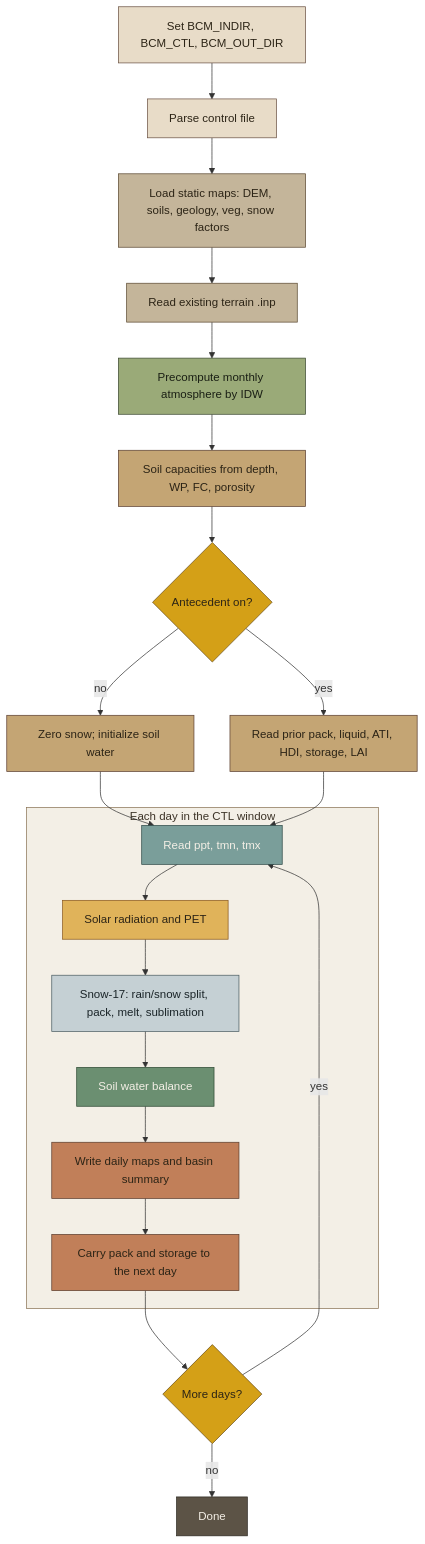
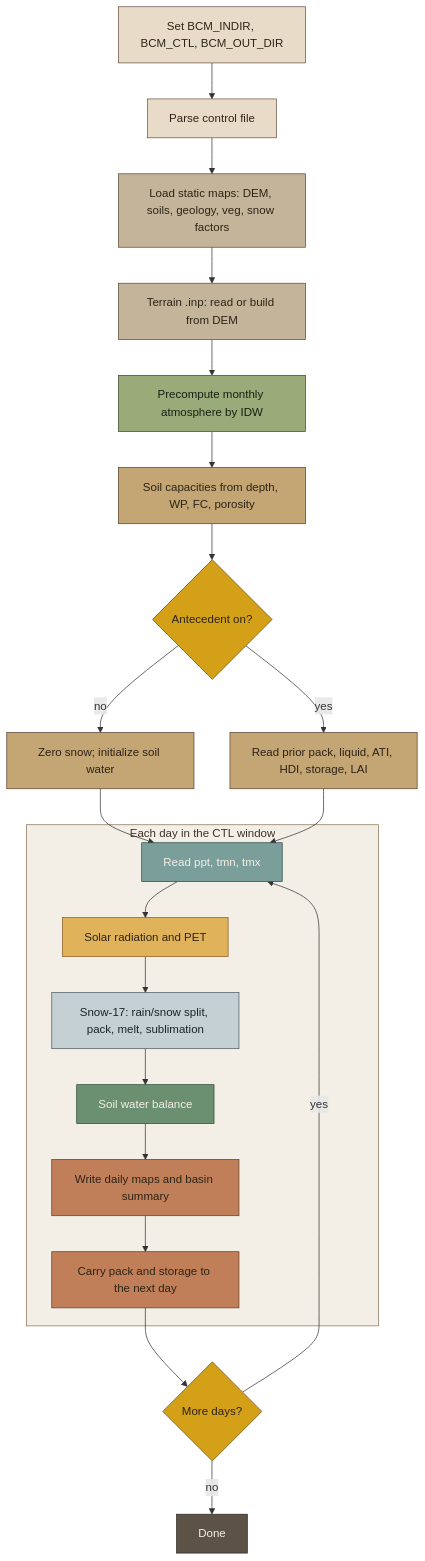
The diagram in README.md (ajoros/bcm-py-daily), drawn with Mermaid before and after one commit. The commit also changed other lines of this file and 2 other files, not shown here.

Commit message:
Add a Python DEM-to-terrain .inp builder.

````diff
--- a/README.md
+++ b/README.md
@@ -73,50 +73,50 @@
 ```mermaid
 flowchart TD
   start[Set BCM_INDIR, BCM_CTL, BCM_OUT_DIR] --> ctl[Parse control file]
   ctl --> static[Load static maps: DEM, soils, geology, veg, snow factors]
-  static --> terr[Read existing terrain .inp]
+  static --> terr[Terrain .inp: read or build from DEM]
   terr --> idw[Precompute monthly atmosphere by IDW]
   idw --> soil[Soil capacities from depth, WP, FC, porosity]
   soil --> prior{Antecedent on?}
   prior -->|no| init[Zero snow; initialize soil water]
   prior -->|yes| load[Read prior pack, liquid, ATI, HDI, storage, LAI]
   init --> loop
   load --> loop
 
   subgraph daily [Each day in the CTL window]
     loop[Read ppt, tmn, tmx] --> pet[Solar radiation and PET]
     pet --> snow[Snow-17: rain/snow split, pack, melt, sublimation]
     snow --> wb[Soil water balance]
     wb --> out[Write daily maps and basin summary]
     out --> carry[Carry pack and storage to the next day]
   end
 
   carry --> more{More days?}
   more -->|yes| loop
   more -->|no| done[Done]
 
   classDef sand fill:#e8dcc8,stroke:#6b5344,color:#2c2416
   classDef rock fill:#c4b59a,stroke:#5c4a32,color:#2c2416
   classDef soil fill:#c4a574,stroke:#5c4033,color:#2c2416
   classDef sage fill:#9aaa78,stroke:#3d4a32,color:#1a1f14
   classDef ochre fill:#d4a017,stroke:#6b4f1d,color:#2c2416
   classDef rain fill:#7a9e9a,stroke:#2f4a48,color:#f4efe6
   classDef sun fill:#e0b35a,stroke:#8a5a20,color:#2c2416
   classDef snowc fill:#c5d0d4,stroke:#4a5c62,color:#1a2428
   classDef moss fill:#6b8f71,stroke:#2f4a34,color:#f4efe6
   classDef clay fill:#c17f59,stroke:#5c3d2e,color:#2c2416
   classDef bark fill:#5c5346,stroke:#2c2822,color:#f4efe6
 
   class start,ctl sand
   class static,terr rock
   class idw sage
   class soil,init,load soil
   class prior,more ochre
   class loop rain
   class pet sun
   class snow snowc
   class wb moss
   class out,carry clay
   class done bark
   style daily fill:#f3efe6,stroke:#8a7355,color:#3d3428
 ```
````
